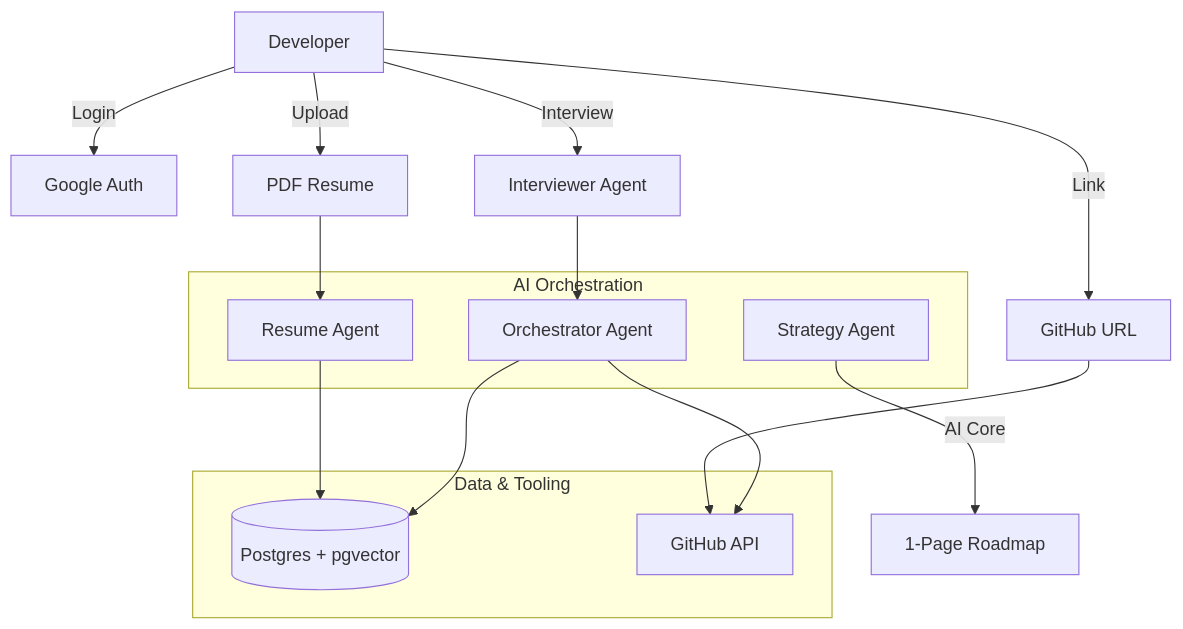
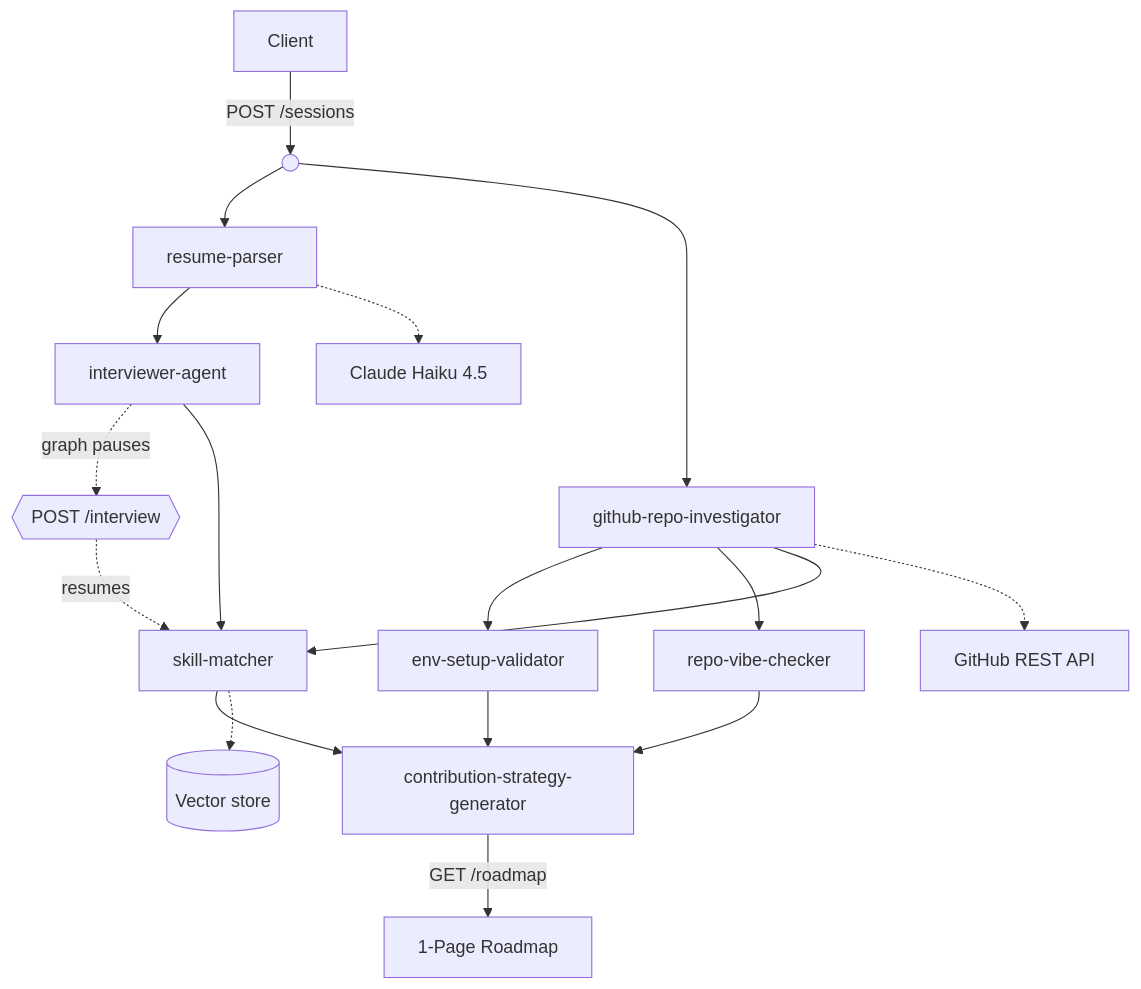
Before and after one commit to rvishravars/pocket-oss-agent: the diagram in README.md, drawn with Mermaid. The commit also changed other lines of this file, not shown here.

````diff
--- a/README.md
+++ b/README.md
@@ -53,25 +53,24 @@
 ```mermaid
 graph TD
-    User[Developer] -->|Login| Auth[Google Auth]
-    User -->|Interview| Intv[Interviewer Agent]
-    User -->|Upload| Resume[PDF Resume]
-    User -->|Link| Repo[GitHub URL]
+    Client[Client] -->|POST /sessions| Start(( ))
+    Start --> Parse[resume-parser]
+    Start --> Inv[github-repo-investigator]
 
-    subgraph "Data & Tooling"
-    DB[(Postgres + pgvector)]
-    API[GitHub API]
-    end
+    Parse --> Intv[interviewer-agent]
+    Intv -.->|graph pauses| Wait{{POST /interview}}
+    Wait -.->|resumes| Match
 
-    subgraph "AI Orchestration"
-    Orch[Orchestrator Agent]
-    Pars[Resume Agent]
-    Gen[Strategy Agent]
-    end
+    Inv --> Setup[env-setup-validator]
+    Inv --> Vibe[repo-vibe-checker]
+    Inv --> Match[skill-matcher]
+    Intv --> Match
 
-    Intv --> Orch
-    Resume --> Pars
-    Pars --> DB
-    Repo --> API
-    Orch --> API & DB
-    Gen -->|AI Core| Output[1-Page Roadmap]
+    Match --> Road[contribution-strategy-generator]
+    Setup --> Road
+    Vibe --> Road
+    Road -->|GET /roadmap| Output[1-Page Roadmap]
+
+    Parse -.-> LLM[Claude Haiku 4.5]
+    Inv -.-> GH[GitHub REST API]
+    Match -.-> Vec[(Vector store)]
 ```
````
